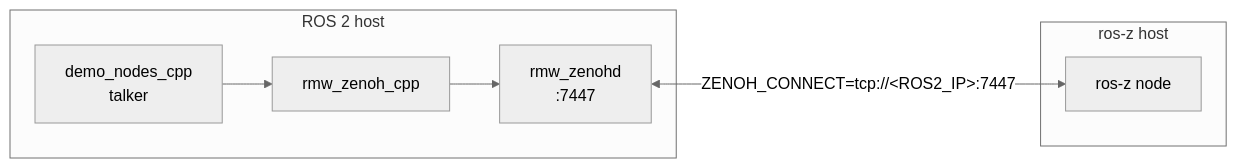
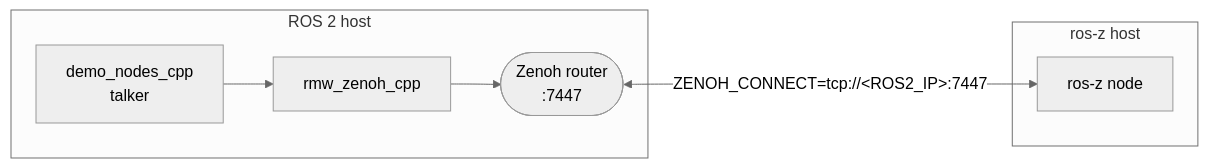
The third of 4 diagrams in book/src/chapters/interop.md (ZettaScaleLabs/ros-z), drawn with Mermaid (neutral theme) before and after one commit. The commit also changed other lines of this file, not shown here.

Commit message:
docs(interop): unify router as generic 'Zenoh router' in diagrams, link to Networking chapter

````diff
--- a/book/src/chapters/interop.md
+++ b/book/src/chapters/interop.md
@@ -80,10 +85,10 @@
 ```mermaid
 graph LR
     subgraph ros2 ["ROS 2 host"]
-        talker["demo_nodes_cpp<br>talker"] --> rmw["rmw_zenoh_cpp"] --> router["rmw_zenohd<br>:7447"]
+        talker["demo_nodes_cpp<br>talker"] --> rmw["rmw_zenoh_cpp"] --> router(["Zenoh router<br>:7447"])
     end
     subgraph rosz ["ros-z host"]
         node["ros-z node"]
     end
     router <-->|"ZENOH_CONNECT=tcp://&lt;ROS2_IP&gt;:7447"| node
 ```
````
